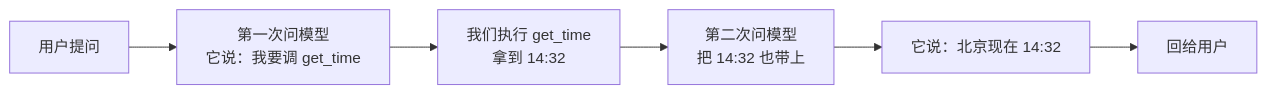
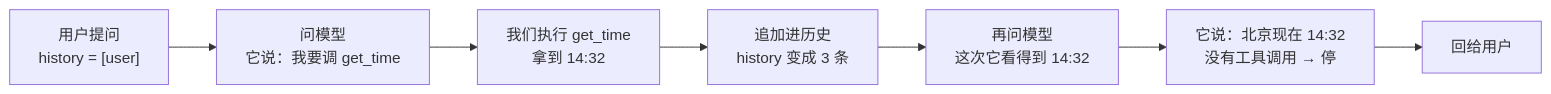
One commit to netbuddy/DeepTutor changed the first of 2 diagrams in courses/agent-from-scratch-python/chapters/zh/part1/1.md. Above: the diagram before and after it, drawn with Mermaid. The commit also changed other lines of this file, not shown here.

````diff
--- a/courses/agent-from-scratch-python/chapters/zh/part1/1.md
+++ b/courses/agent-from-scratch-python/chapters/zh/part1/1.md
@@ -87,8 +246,9 @@
 ```mermaid
 flowchart LR
-    A["用户提问"] --> B["第一次问模型<br/>它说：我要调 get_time"]
+    A["用户提问<br/>history = [user]"] --> B["问模型<br/>它说：我要调 get_time"]
     B --> C["我们执行 get_time<br/>拿到 14:32"]
-    C --> D["第二次问模型<br/>把 14:32 也带上"]
-    D --> E["它说：北京现在 14:32"]
-    E --> F["回给用户"]
+    C --> D["追加进历史<br/>history 变成 3 条"]
+    D --> E["再问模型<br/>这次它看得到 14:32"]
+    E --> F["它说：北京现在 14:32<br/>没有工具调用 → 停"]
+    F --> G["回给用户"]
 ```
````
